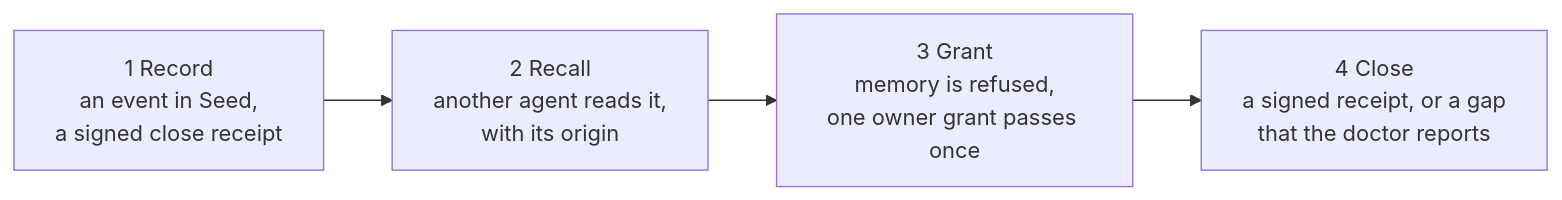
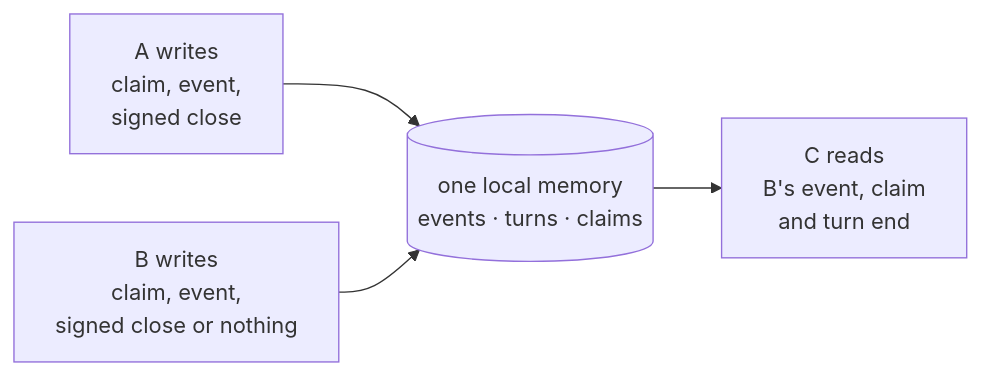
The diagram in README.md (BlackBadHope/Integrity), drawn with Mermaid before and after one commit. The commit also changed other lines of this file and 16 other files, not shown here.

First line of the commit message:
Demo: three real agents on one task and one local memory

````diff
--- a/README.md
+++ b/README.md
@@ -87,8 +95,10 @@
 ```mermaid
 flowchart LR
-  record["1 Record<br/>an event in Seed,<br/>a signed close receipt"]
-  recall["2 Recall<br/>another agent reads it,<br/>with its origin"]
-  grant["3 Grant<br/>memory is refused,<br/>one owner grant passes once"]
-  close["4 Close<br/>a signed receipt, or a gap<br/>that the doctor reports"]
-  record --> recall --> grant --> close
+  a["A writes<br/>claim, event,<br/>signed close"]
+  b["B writes<br/>claim, event,<br/>signed close or nothing"]
+  c["C reads<br/>B's event, claim<br/>and turn end"]
+  memory[("one local memory<br/>events · turns · claims")]
+  a --> memory
+  b --> memory
+  memory --> c
 ```
````
